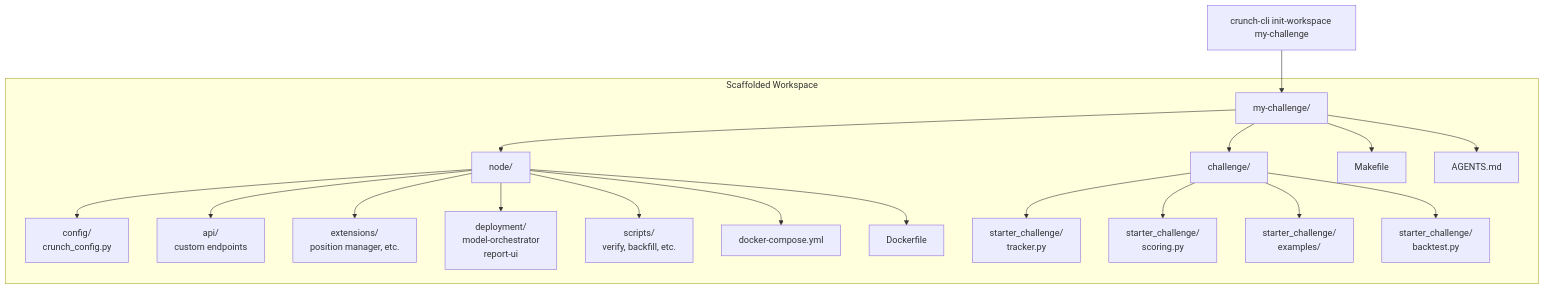
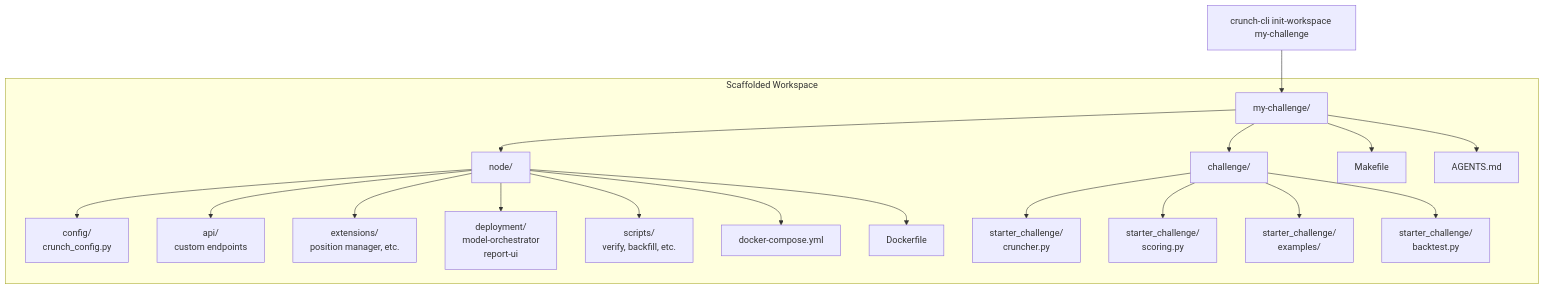
One commit to crunchdao/crunch-node-starter changed the first of 2 diagrams in docs/scaffold.md. Above: the diagram before and after it, drawn with Mermaid. The commit also changed other lines of this file and 50 other files, not shown here.

First line of the commit message:
Rename tracker.TrackerBase to cruncher.ModelBaseClass (#43)

````diff
--- a/docs/scaffold.md
+++ b/docs/scaffold.md
@@ -7,25 +7,25 @@
 ```mermaid
 graph TD
     CLI["crunch-cli init-workspace my-challenge"]
     CLI --> WS["my-challenge/"]
     
     subgraph "Scaffolded Workspace"
         WS --> NODE["node/"]
         WS --> CHAL["challenge/"]
         WS --> MF["Makefile"]
         WS --> AGENTS["AGENTS.md"]
 
         NODE --> CONFIG["config/<br/>crunch_config.py"]
         NODE --> API["api/<br/>custom endpoints"]
         NODE --> EXT["extensions/<br/>position manager, etc."]
         NODE --> DEPLOY["deployment/<br/>model-orchestrator<br/>report-ui"]
         NODE --> SCRIPTS["scripts/<br/>verify, backfill, etc."]
         NODE --> DC["docker-compose.yml"]
         NODE --> DF["Dockerfile"]
 
-        CHAL --> TRACKER["starter_challenge/<br/>tracker.py"]
+        CHAL --> TRACKER["starter_challenge/<br/>cruncher.py"]
         CHAL --> SCORING["starter_challenge/<br/>scoring.py"]
         CHAL --> EXAMPLES["starter_challenge/<br/>examples/"]
         CHAL --> BACKTEST["starter_challenge/<br/>backtest.py"]
     end
 ```
````
